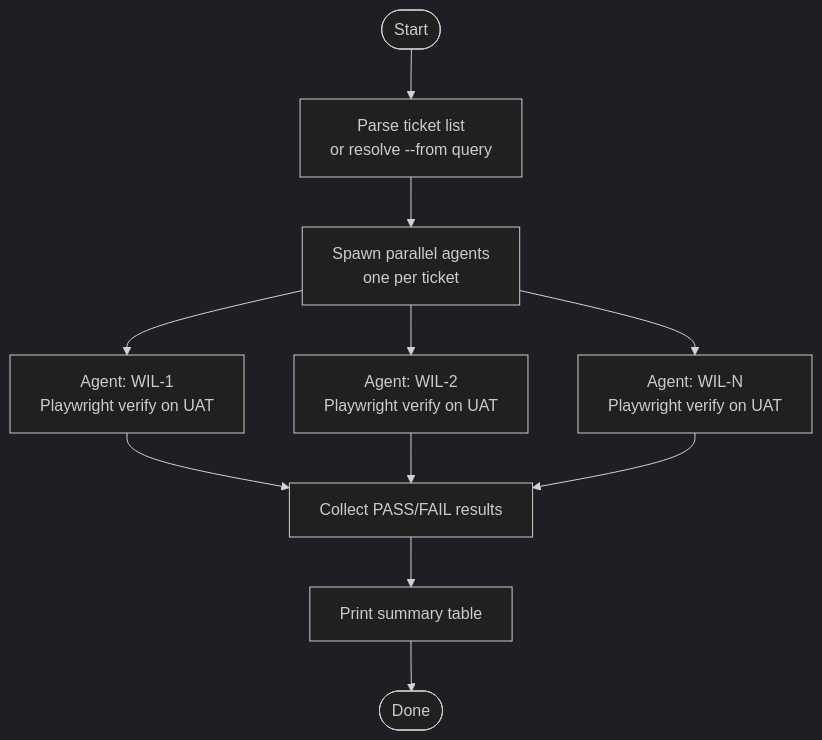
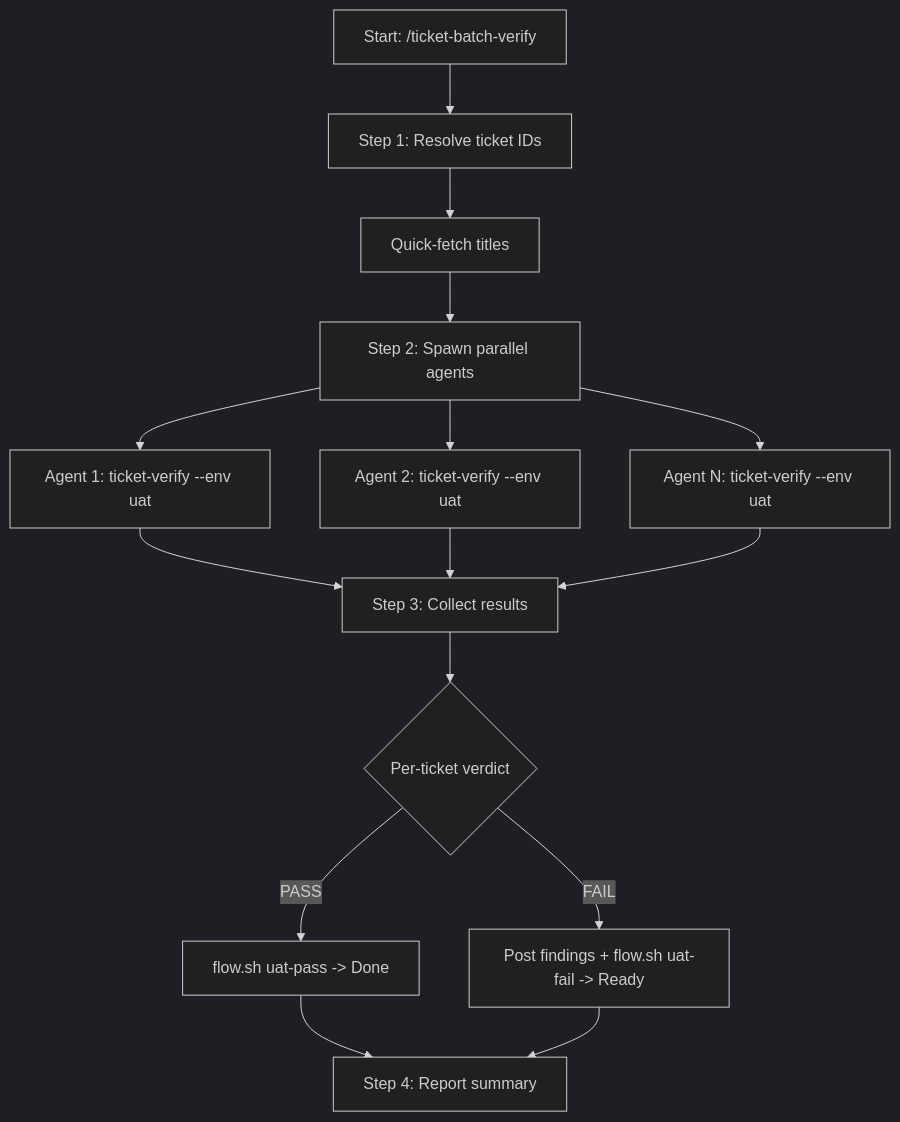
Before and after one commit to willard-pro/claude-plugins: the diagram in ticket-auto-pipeline/docs/skills/ticket-batch-verify.md, drawn with Mermaid (dark theme). The commit also changed other lines of this file and 39 other files, not shown here.

````diff
--- a/ticket-auto-pipeline/docs/skills/ticket-batch-verify.md
+++ b/ticket-auto-pipeline/docs/skills/ticket-batch-verify.md
@@ -35,13 +34,17 @@
 ```mermaid
 flowchart TD
-    A([Start]) --> B[Parse ticket list\nor resolve --from query]
-    B --> C[Spawn parallel agents\none per ticket]
-    C --> E1[Agent: WIL-1\nPlaywright verify on UAT]
-    C --> E2[Agent: WIL-2\nPlaywright verify on UAT]
-    C --> E3[Agent: WIL-N\nPlaywright verify on UAT]
-    E1 --> F[Collect PASS/FAIL results]
-    E2 --> F
-    E3 --> F
-    F --> G[Print summary table]
-    G --> H([Done])
+    A[Start: /ticket-batch-verify] --> B[Step 1: Resolve ticket IDs]
+    B --> C[Quick-fetch titles]
+    C --> D[Step 2: Spawn parallel agents]
+    D --> E[Agent 1: ticket-verify --env uat]
+    D --> F[Agent 2: ticket-verify --env uat]
+    D --> G[Agent N: ticket-verify --env uat]
+    E --> H[Step 3: Collect results]
+    F --> H
+    G --> H
+    H --> I{Per-ticket verdict}
+    I -->|PASS| J[flow.sh uat-pass -> Done]
+    I -->|FAIL| K[Post findings + flow.sh uat-fail -> Ready]
+    J --> L[Step 4: Report summary]
+    K --> L
 ```
````
